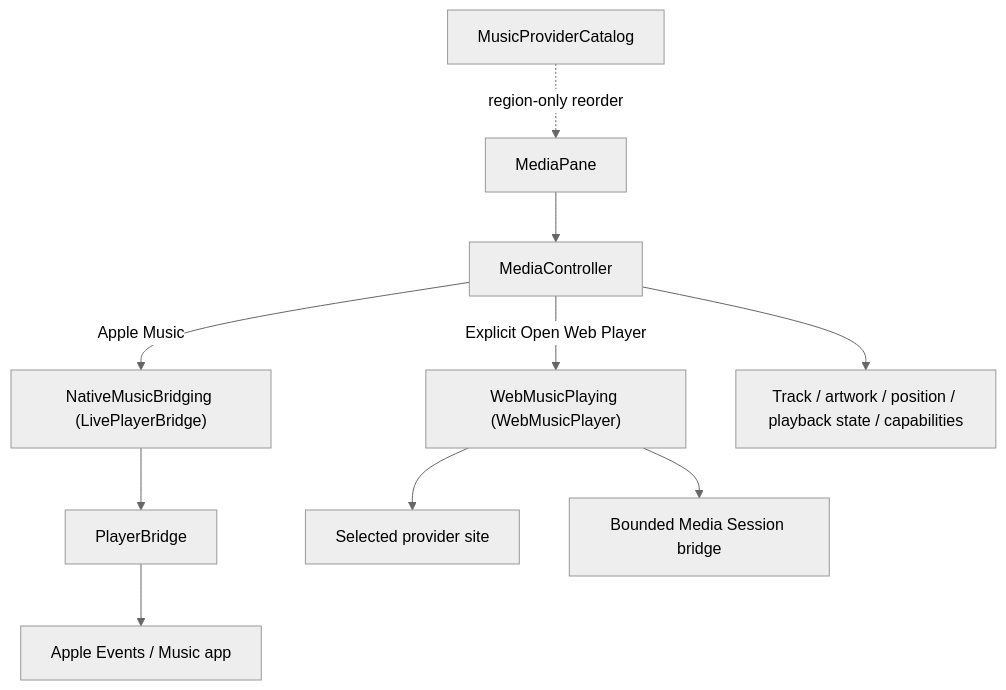
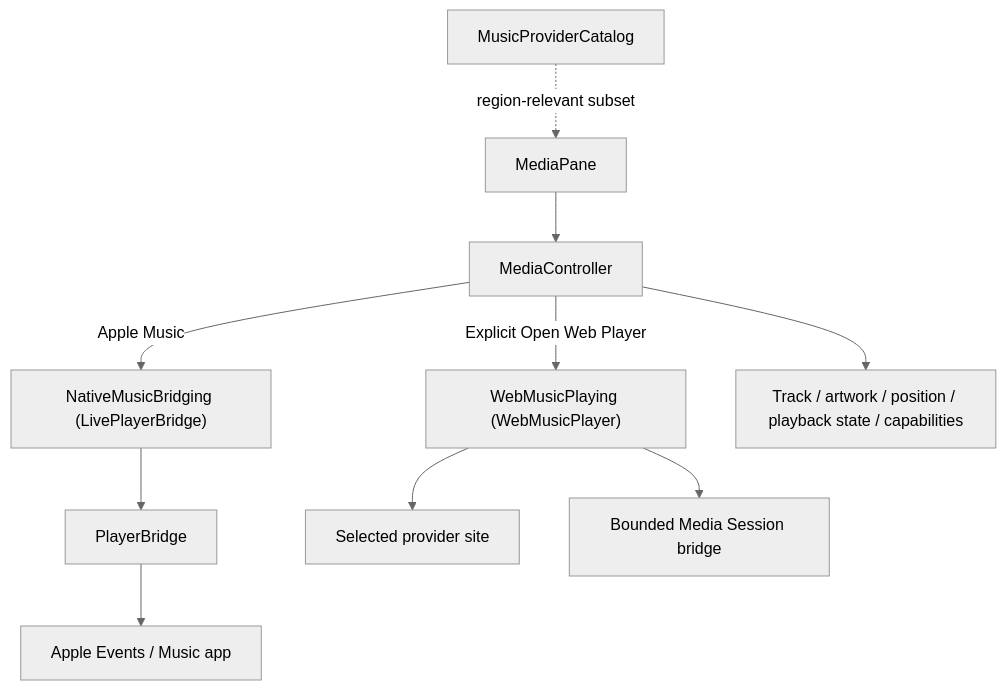
One commit to TumanovNV/impuls changed the diagram in knowledge-base/02-modules/music.md. Above: the diagram before and after it, drawn with Mermaid (neutral theme). The commit also changed other lines of this file and 4 other files, not shown here.

````diff
--- a/knowledge-base/02-modules/music.md
+++ b/knowledge-base/02-modules/music.md
@@ -21,12 +21,12 @@
 ```mermaid
 flowchart TD
     UI[MediaPane] --> MC[MediaController]
     MC -->|Apple Music| NB["NativeMusicBridging (LivePlayerBridge)"]
     NB --> PB[PlayerBridge]
     PB --> AE[Apple Events / Music app]
     MC -->|Explicit Open Web Player| WMP["WebMusicPlaying (WebMusicPlayer)"]
     WMP --> MS[Selected provider site]
     WMP --> BR[Bounded Media Session bridge]
     MC --> STATE[Track / artwork / position / playback state / capabilities]
-    CAT[MusicProviderCatalog] -.region-only reorder.-> UI
+    CAT[MusicProviderCatalog] -.region-relevant subset.-> UI
 ```
````
